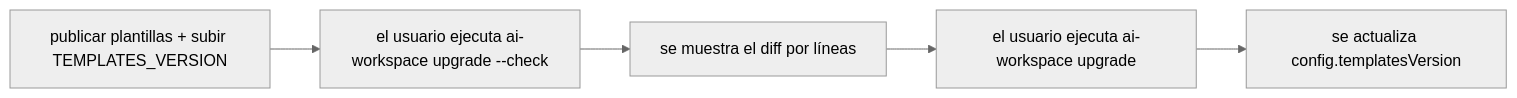
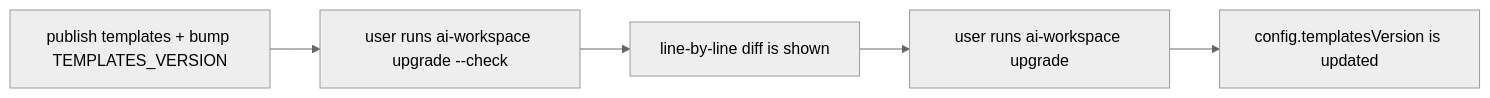
Before and after one commit to grojof/ai-workspace-generator: the diagram in docs/project/MAINTAINING.md, drawn with Mermaid (neutral theme). The commit also changed other lines of this file and 16 other files, not shown here.

````diff
--- a/docs/project/MAINTAINING.md
+++ b/docs/project/MAINTAINING.md
@@ -25,7 +24,7 @@
 ```mermaid
 flowchart LR
-  PUB["publicar plantillas + subir TEMPLATES_VERSION"] --> USER["el usuario ejecuta ai-workspace upgrade --check"]
-  USER --> DIFF[se muestra el diff por líneas]
-  DIFF --> APPLY["el usuario ejecuta ai-workspace upgrade"]
-  APPLY --> BUMP["se actualiza config.templatesVersion"]
+  PUB["publish templates + bump TEMPLATES_VERSION"] --> USER["user runs ai-workspace upgrade --check"]
+  USER --> DIFF["line-by-line diff is shown"]
+  DIFF --> APPLY["user runs ai-workspace upgrade"]
+  APPLY --> BUMP["config.templatesVersion is updated"]
 ```
````
